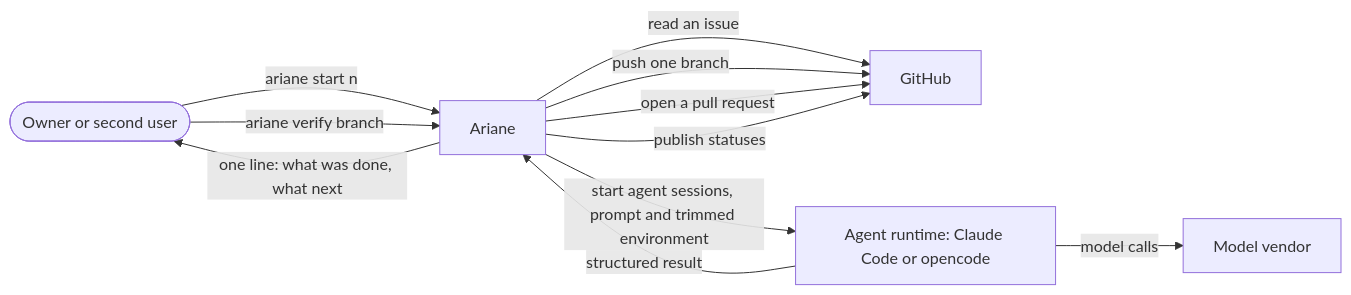
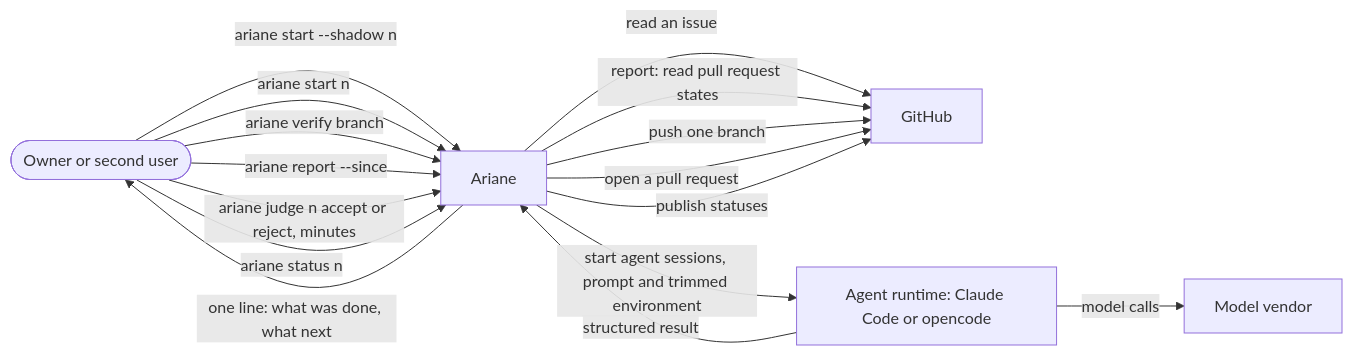
One commit to plaplanche/ariane changed the diagram in docs/architecture/1-context.md. Above: the diagram before and after it, drawn with Mermaid. The commit also changed other lines of this file and 5 other files, not shown here.

Commit message:
#122: Architecture levels 1-2 and one sequence per command, checked against the imports (C25)

````diff
--- a/docs/architecture/1-context.md
+++ b/docs/architecture/1-context.md
@@ -5,18 +5,23 @@
 ```mermaid
 flowchart LR
   user([Owner or second user])
   ariane[Ariane]
   github[GitHub]
   runtime[Agent runtime: Claude Code or opencode]
   vendor[Model vendor]
+  user -->|ariane start --shadow n| ariane
   user -->|ariane start n| ariane
   user -->|ariane verify branch| ariane
+  user -->|ariane report --since| ariane
+  user -->|ariane judge n accept or reject, minutes| ariane
+  user -->|ariane status n| ariane
   ariane -->|one line: what was done, what next| user
   ariane -->|read an issue| github
+  ariane -->|report: read pull request states| github
   ariane -->|push one branch| github
   ariane -->|open a pull request| github
   ariane -->|publish statuses| github
   ariane -->|start agent sessions, prompt and trimmed environment| runtime
   runtime -->|structured result| ariane
   runtime -->|model calls| vendor
 ```
````
